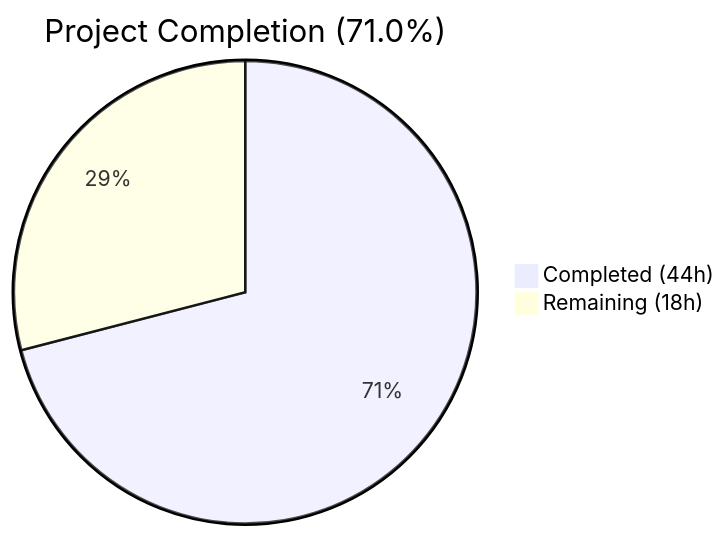
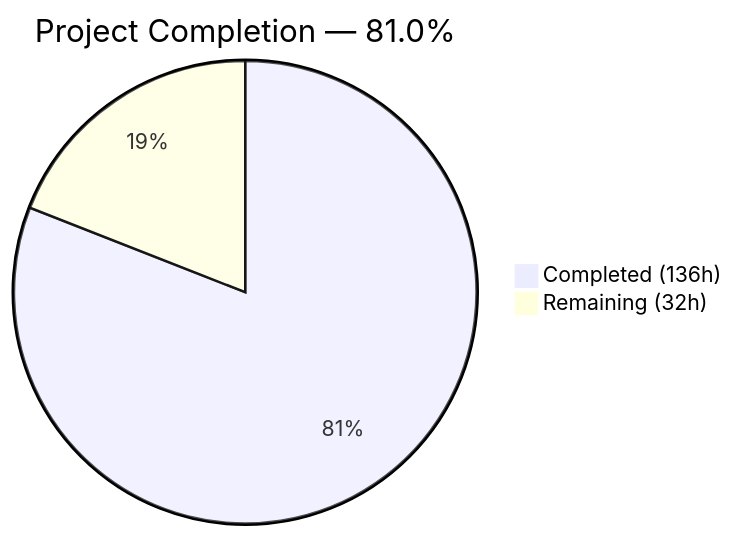
One commit to Blitzy-Sandbox/blitzy-formbricks changed the first of 2 diagrams in blitzy/documentation/Project Guide.md. Above: the diagram before and after it, drawn with Mermaid. The commit also changed other lines of this file, not shown here.

Commit message:
Adding Blitzy Project Guide: Project Status and Human Tasks Remaining

````diff
--- a/blitzy/documentation/Project Guide.md
+++ b/blitzy/documentation/Project Guide.md
@@ -13,5 +13,5 @@
 ```mermaid
-pie title Project Completion (71.0%)
-    "Completed (44h)" : 44
-    "Remaining (18h)" : 18
+pie title Project Completion — 81.0%
+    "Completed (136h)" : 136
+    "Remaining (32h)" : 32
 ```
````
